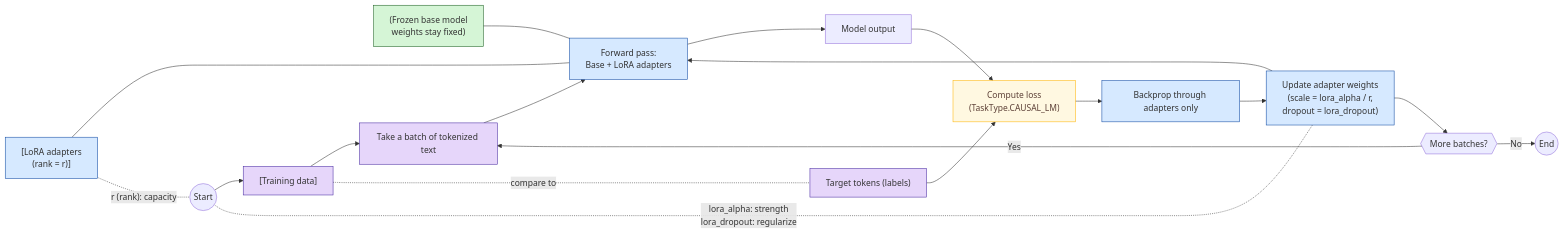
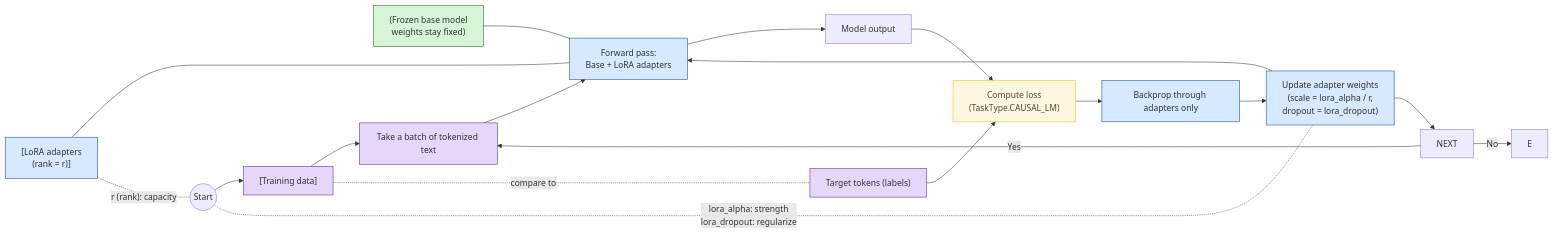
Before and after one commit to Henry-Xiao-HX/skills-github-pages: the second of 5 diagrams in _posts/2026-02-15-GenerativeAI-Fine-Tuning.md, drawn with Mermaid. The commit also changed other lines of this file and 9 other files, not shown here.

````diff
--- a/_posts/2026-02-15-GenerativeAI-Fine-Tuning.md
+++ b/_posts/2026-02-15-GenerativeAI-Fine-Tuning.md
@@ -166,50 +165,46 @@
 ```mermaid
 
 flowchart LR
     %% Simple, readable LoRA flow
     classDef model fill:#d5f5d6,stroke:#1b5e20,stroke-width:1px;
     classDef data fill:#e6d6fa,stroke:#4527a0,stroke-width:1px;
     classDef adapter fill:#d6e9ff,stroke:#0d47a1,stroke-width:1px;
     classDef note fill:#fff8e1,stroke:#ffb300,stroke-width:1px,color:#5d4037;
 
     S((Start))
 
     %% Inputs & Setup
     DSET["[Training data]"]:::data
     BASE["(Frozen base model<br/>weights stay fixed)"]:::model
     LORA["[LoRA adapters<br/>(rank = r)]"]:::adapter
 
     %% Forward
     INP[Take a batch of tokenized text]:::data
     FWD[Forward pass:<br/>Base + LoRA adapters]:::adapter
     OUT[Model output] 
     TGT["Target tokens (labels)"]:::data
 
     %% Loss & Update
     LOSS["Compute loss<br/>(TaskType.CAUSAL_LM)"]:::note
     GRAD[Backprop through adapters only]:::adapter
     UPDATE["Update adapter weights<br/>(scale = lora_alpha / r,<br/>dropout = lora_dropout)"]:::adapter
 
-    %% Loop / End
-    NEXT{{More batches?}}
-    E((End))
-
     %% Edges
     S --> DSET
     DSET --> INP
     INP --> FWD
     BASE --- FWD
     LORA --- FWD
     FWD --> OUT --> LOSS
     DSET -. "compare to" .- TGT
     TGT --> LOSS
     LOSS --> GRAD --> UPDATE --> FWD
     NEXT -- Yes --> INP
     NEXT -- No --> E
     UPDATE --> NEXT
 
     %% Notes for parameters
     LORA -. "r (rank): capacity" .- S
     UPDATE -. "lora_alpha: strength<br/>lora_dropout: regularize" .- S
 
 ```
````
